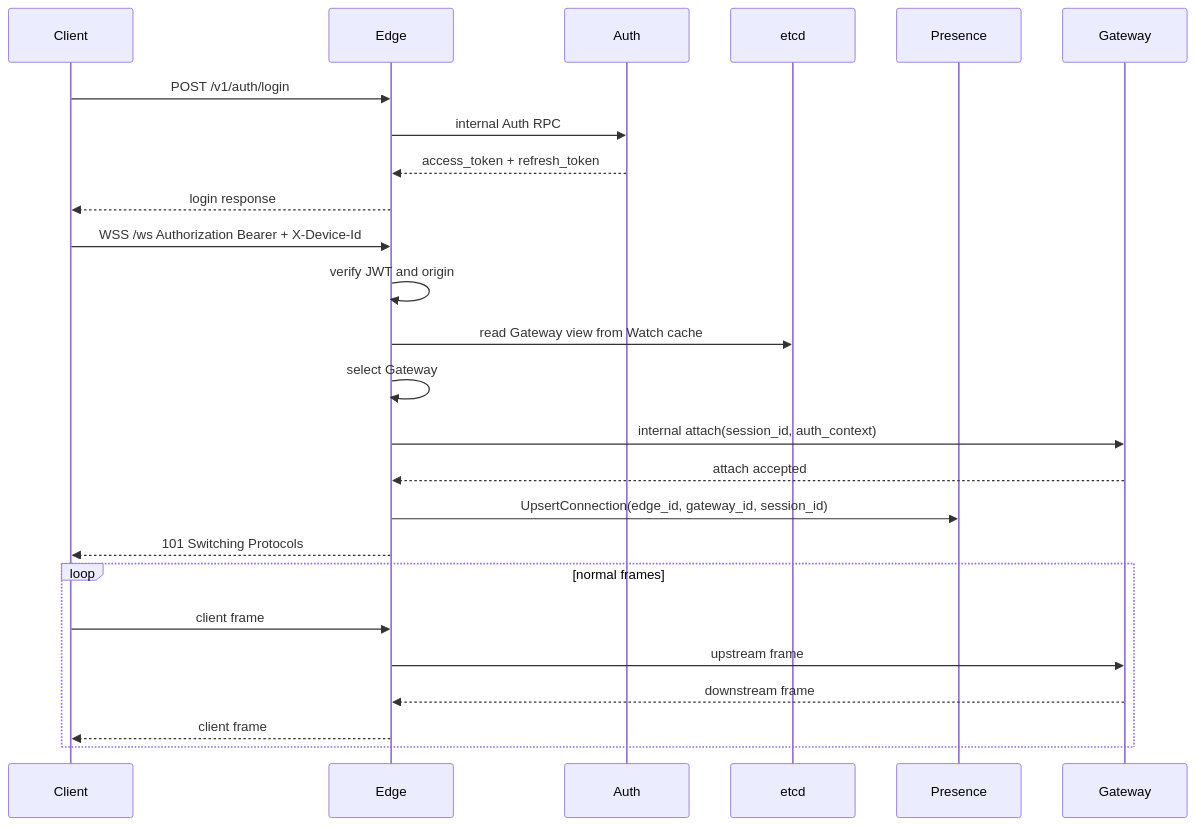
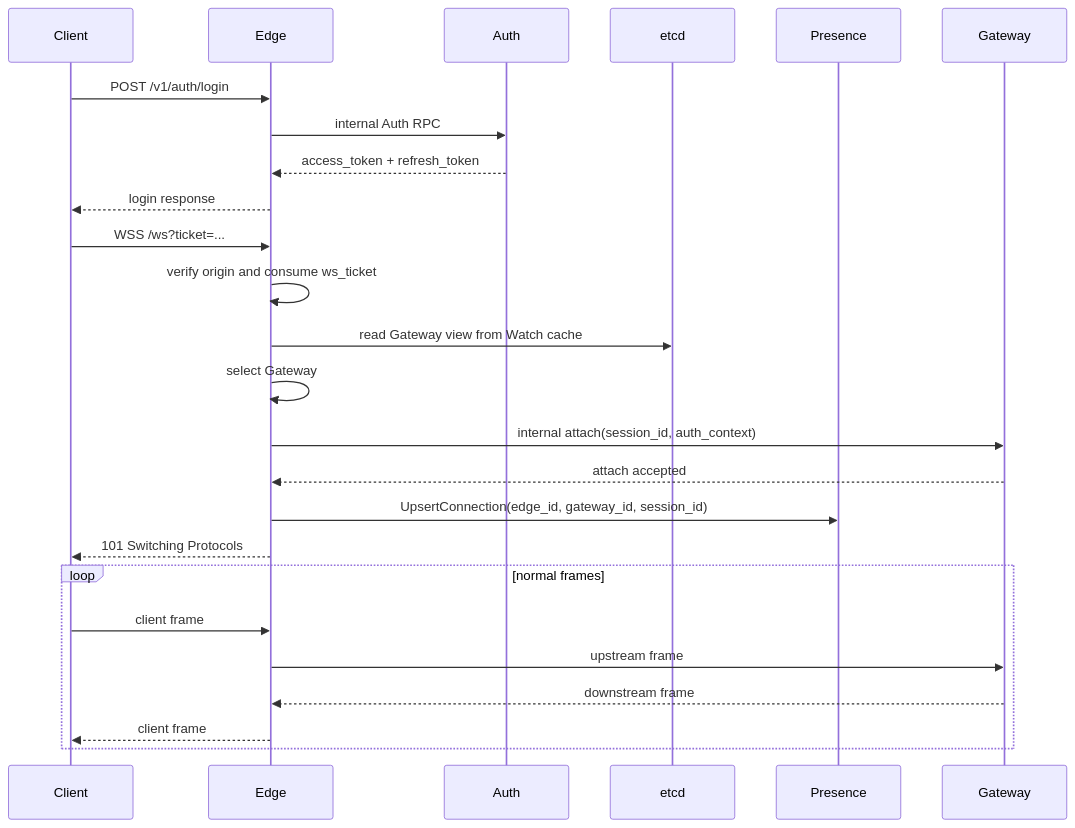
Before and after one commit to HappyLadySauce/Beehive-IM: the second of 8 diagrams in docs/gateway/DESIGN.md, drawn with Mermaid. The commit also changed other lines of this file and 6 other files, not shown here.

````diff
--- a/docs/gateway/DESIGN.md
+++ b/docs/gateway/DESIGN.md
@@ -125,30 +126,30 @@
 ```mermaid
 sequenceDiagram
     participant C as Client
     participant E as Edge
     participant A as Auth
     participant EC as etcd
     participant P as Presence
     participant G as Gateway
 
     C->>E: POST /v1/auth/login
     E->>A: internal Auth RPC
     A-->>E: access_token + refresh_token
     E-->>C: login response
 
-    C->>E: WSS /ws Authorization Bearer + X-Device-Id
-    E->>E: verify JWT and origin
+    C->>E: WSS /ws?ticket=...
+    E->>E: verify origin and consume ws_ticket
     E->>EC: read Gateway view from Watch cache
     E->>E: select Gateway
     E->>G: internal attach(session_id, auth_context)
     G-->>E: attach accepted
     E->>P: UpsertConnection(edge_id, gateway_id, session_id)
     E-->>C: 101 Switching Protocols
 
     loop normal frames
         C->>E: client frame
         E->>G: upstream frame
         G-->>E: downstream frame
         E-->>C: client frame
     end
 ```
````
